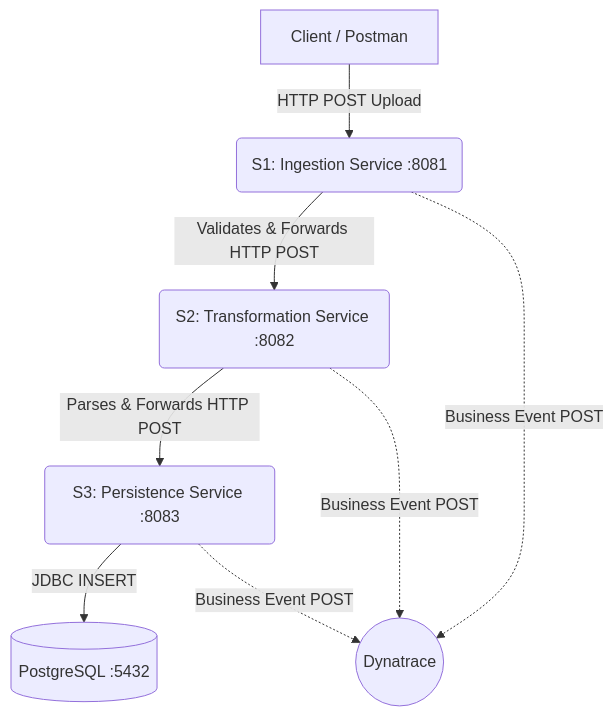
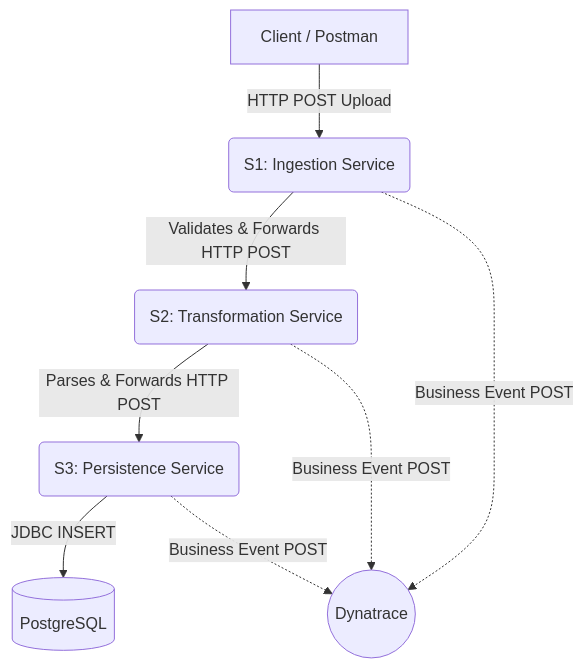
The first of 2 diagrams in README.md (prashantchauhan-12/Dynatrace-Project), drawn with Mermaid before and after one commit. The commit also changed other lines of this file, not shown here.

Commit message:
Update README with comprehensive architecture, data flows, and DQL queries

````diff
--- a/README.md
+++ b/README.md
@@ -34,11 +31,11 @@
 ```mermaid
 graph TD
-    Client[Client / Postman] -->|HTTP POST Upload| S1(S1: Ingestion Service :8081)
-    S1 -->|Validates & Forwards HTTP POST| S2(S2: Transformation Service :8082)
-    S2 -->|Parses & Forwards HTTP POST| S3(S3: Persistence Service :8083)
-    S3 -->|JDBC INSERT| DB[(PostgreSQL :5432)]
+    Client[Client / Postman] -->|HTTP POST Upload| S1(S1: Ingestion Service)
+    S1 -->|Validates & Forwards HTTP POST| S2(S2: Transformation Service)
+    S2 -->|Parses & Forwards HTTP POST| S3(S3: Persistence Service)
+    S3 -->|JDBC INSERT| DB[(PostgreSQL)]
     
     S1 -.->|Business Event POST| DT((Dynatrace))
     S2 -.->|Business Event POST| DT
     S3 -.->|Business Event POST| DT
 ```
````
